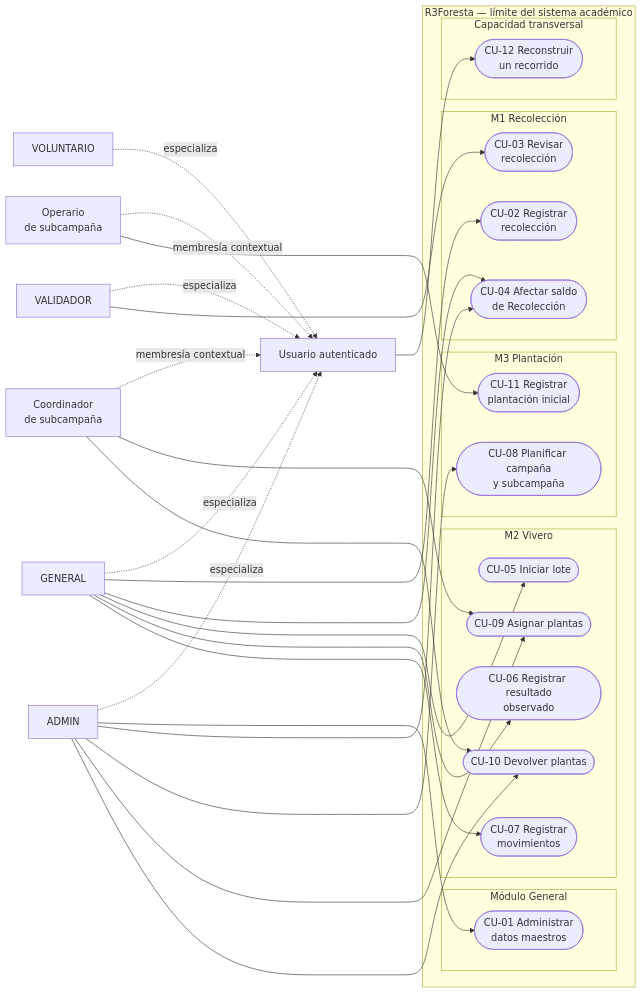
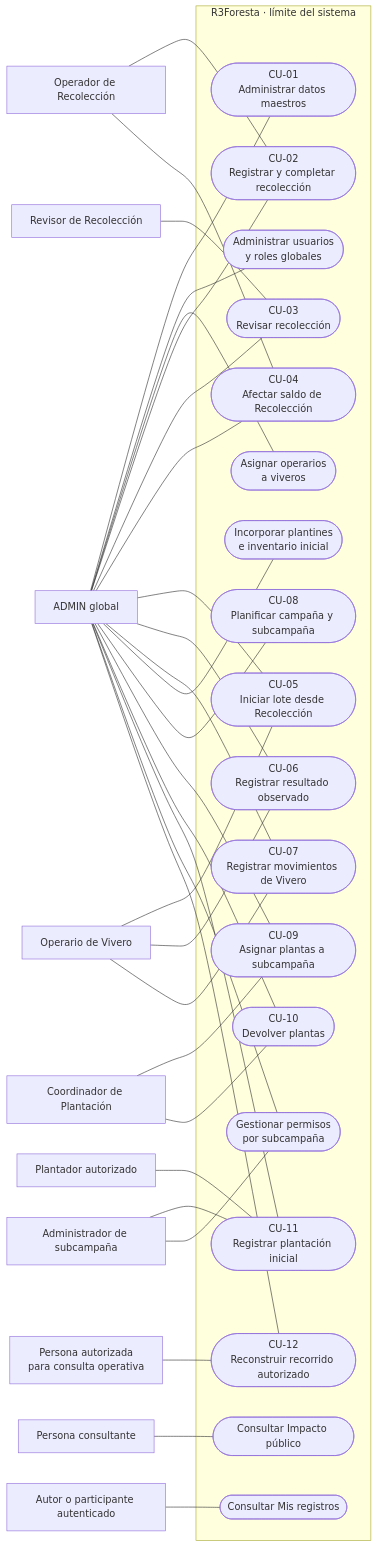
The third of 18 diagrams in documentacion-grado/06_entregables/proyecto_grado/03_2_fase_elaboracion.md (R3foresta/r3foresta-docs), drawn with Mermaid before and after one commit. The commit also changed other lines of this file and 13 other files, not shown here.

Commit message:
docs: consolidar Elaboración RUP con diagramas actualizados

````diff
--- a/documentacion-grado/06_entregables/proyecto_grado/03_2_fase_elaboracion.md
+++ b/documentacion-grado/06_entregables/proyecto_grado/03_2_fase_elaboracion.md
@@ -127,58 +159,70 @@
 ```mermaid
 flowchart LR
-  AUT[Usuario autenticado]
-  ADM[ADMIN]
-  GEN[GENERAL]
-  VAL[VALIDADOR]
-  VOL[VOLUNTARIO]
-  COO[Coordinador<br/>de subcampaña]
-  OPE[Operario<br/>de subcampaña]
+    ADM["ADMIN global"]
+    REC["Operador de Recolección"]
+    REV["Revisor de Recolección"]
+    VIV["Operario de Vivero"]
+    COO["Coordinador de Plantación"]
+    PLA["Plantador autorizado"]
+    ASC["Administrador de subcampaña"]
+    PUB["Persona consultante"]
+    PRO["Autor o participante autenticado"]
+    CON["Persona autorizada<br/>para consulta operativa"]
 
-  ADM -. especializa .-> AUT
-  GEN -. especializa .-> AUT
-  VAL -. especializa .-> AUT
-  VOL -. especializa .-> AUT
-  COO -. membresía contextual .-> AUT
-  OPE -. membresía contextual .-> AUT
+    subgraph SYS["R3Foresta · límite del sistema"]
+        C1(["CU-01<br/>Administrar datos maestros"])
+        UR(["Administrar usuarios<br/>y roles globales"])
+        AV(["Asignar operarios<br/>a viveros"])
 
-  subgraph SYS[R3Foresta — límite del sistema académico]
-    subgraph MG[Módulo General]
-      CU01([CU-01 Administrar<br/>datos maestros])
+        C2(["CU-02<br/>Registrar y completar recolección"])
+        C3(["CU-03<br/>Revisar recolección"])
+        C4(["CU-04<br/>Afectar saldo de Recolección"])
+
+        C5(["CU-05<br/>Iniciar lote desde Recolección"])
+        C6(["CU-06<br/>Registrar resultado observado"])
+        C7(["CU-07<br/>Registrar movimientos de Vivero"])
+        INC(["Incorporar plantines<br/>e inventario inicial"])
+
+        C8(["CU-08<br/>Planificar campaña y subcampaña"])
+        C9(["CU-09<br/>Asignar plantas a subcampaña"])
+        C10(["CU-10<br/>Devolver plantas"])
+        C11(["CU-11<br/>Registrar plantación inicial"])
+
+        ACC(["Gestionar permisos<br/>por subcampaña"])
+        C12(["CU-12<br/>Reconstruir recorrido autorizado"])
+        IMP(["Consultar Impacto público"])
+        MIS(["Consultar Mis registros"])
     end
-    subgraph M1[M1 Recolección]
-      CU02([CU-02 Registrar<br/>recolección])
-      CU03([CU-03 Revisar<br/>recolección])
-      CU04([CU-04 Afectar saldo<br/>de Recolección])
-    end
-    subgraph M2[M2 Vivero]
-      CU05([CU-05 Iniciar lote])
-      CU06([CU-06 Registrar resultado<br/>observado])
-      CU07([CU-07 Registrar<br/>movimientos])
-      CU09([CU-09 Asignar plantas])
-      CU10([CU-10 Devolver plantas])
-    end
-    subgraph M3[M3 Plantación]
-      CU08([CU-08 Planificar campaña<br/>y subcampaña])
-      CU11([CU-11 Registrar<br/>plantación inicial])
-    end
-    subgraph CT[Capacidad transversal]
-      CU12([CU-12 Reconstruir<br/>un recorrido])
-    end
-  end
 
-  ADM --> CU01
-  ADM --> CU04
-  ADM --> CU08
-  ADM --> CU09
-  ADM --> CU10
-  GEN --> CU02
-  GEN --> CU04
-  GEN --> CU05
-  GEN --> CU06
-  GEN --> CU07
-  VAL --> CU03
-  COO --> CU09
-  COO --> CU10
-  OPE --> CU11
-  AUT --> CU12
+    ADM --- C1
+    ADM --- UR
+    ADM --- AV
+    ADM --- C2
+    ADM --- C3
+    ADM --- C4
+    ADM --- C5
+    ADM --- C6
+    ADM --- C7
+    ADM --- INC
+    ADM --- C8
+    ADM --- C9
+    ADM --- C10
+    ADM --- C11
+    ADM --- ACC
+    ADM --- C12
+
+    REC --- C2
+    REC --- C4
+    REV --- C3
+    VIV --- C5
+    VIV --- C6
+    VIV --- C7
+    COO --- C9
+    COO --- C10
+    PLA --- C11
+    ASC --- C11
+    ASC --- ACC
+    PUB --- IMP
+    PRO --- MIS
+    CON --- C12
 ```
````
